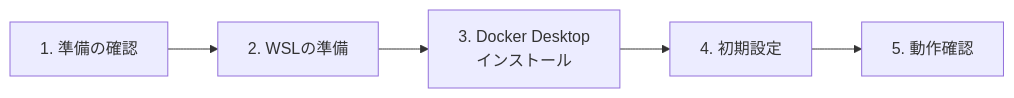
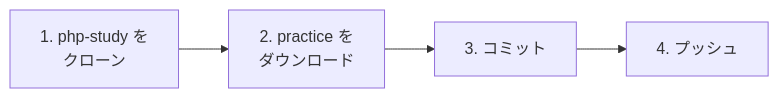
The first of 4 diagrams in docs/1年生_データ設計とアプリ開発/後期/20261008/20261008_資料_2.md (hakobunet/iica-koyama), drawn with Mermaid before and after one commit. The commit also changed other lines of this file and 2 other files, not shown here.

````diff
--- a/docs/1年生_データ設計とアプリ開発/後期/20261008/20261008_資料_2.md
+++ b/docs/1年生_データ設計とアプリ開発/後期/20261008/20261008_資料_2.md
@@ -98,4 +15,4 @@
 ```mermaid
 graph LR
-    A[1. 準備の確認] --> B[2. WSLの準備] --> C[3. Docker Desktop<br>インストール] --> D[4. 初期設定] --> E[5. 動作確認]
+    A[1. php-study を<br>クローン] --> B[2. practice を<br>ダウンロード] --> C[3. コミット] --> D[4. プッシュ]
 ```
````
